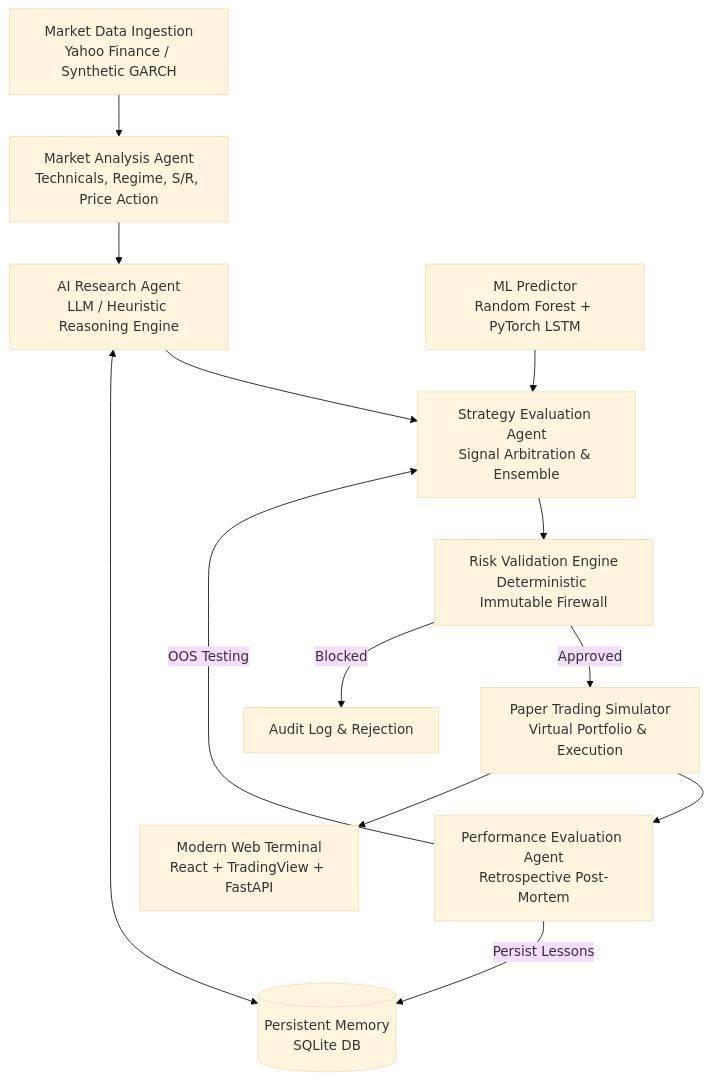
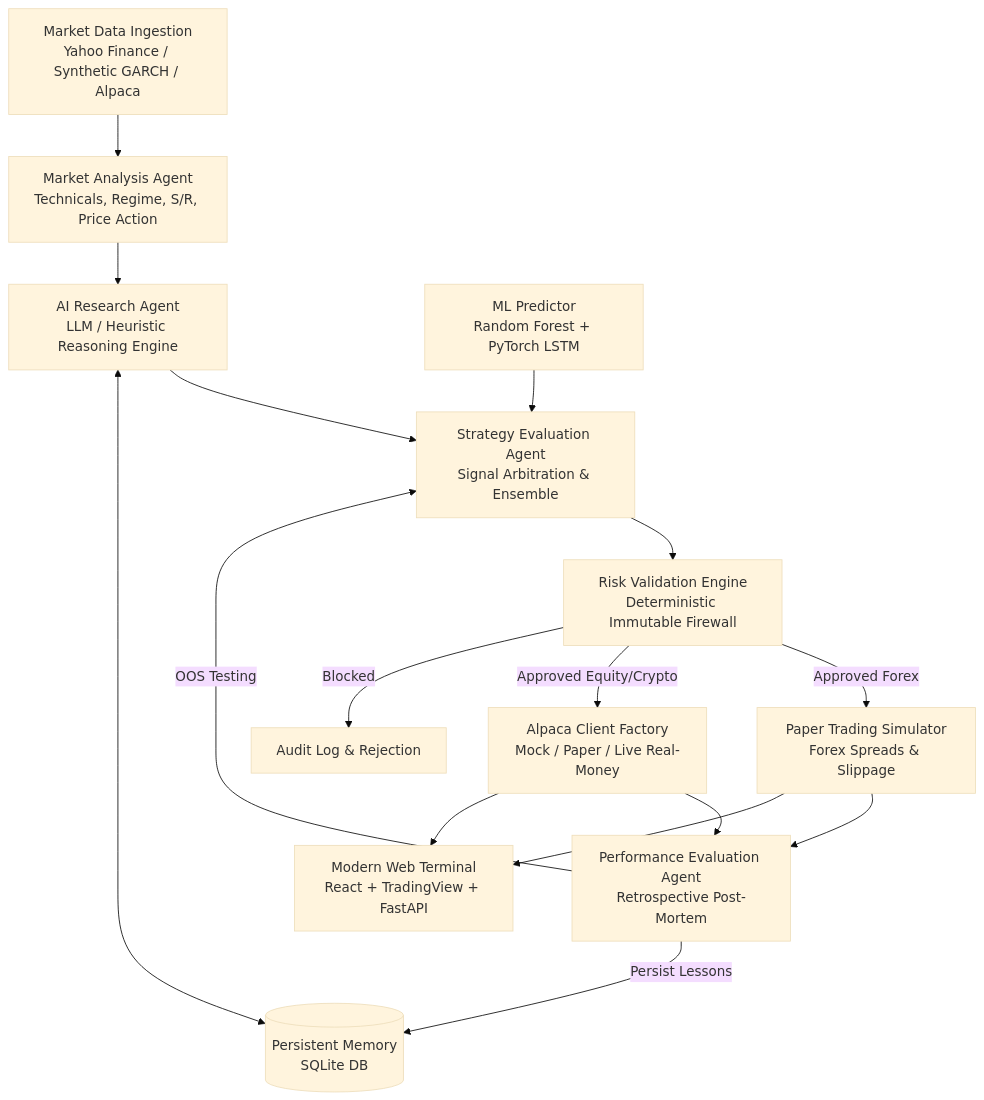
The diagram in README.md (naveen-jkv/trade-bot), drawn with Mermaid (base theme) before and after one commit. The commit also changed other lines of this file and 22 other files, not shown here.

Commit message:
feat: Add live real-money Alpaca trading support with risk firewall and panic controls

````diff
--- a/README.md
+++ b/README.md
@@ -11,15 +25,17 @@
 ```mermaid
 flowchart TD
-    MD[Market Data Ingestion\nYahoo Finance / Synthetic GARCH] --> MAA[Market Analysis Agent\nTechnicals, Regime, S/R, Price Action]
+    MD[Market Data Ingestion\nYahoo Finance / Synthetic GARCH / Alpaca] --> MAA[Market Analysis Agent\nTechnicals, Regime, S/R, Price Action]
     MAA --> ARA[AI Research Agent\nLLM / Heuristic Reasoning Engine]
     MEM[(Persistent Memory\nSQLite DB)] <--> ARA
     ARA --> SEA[Strategy Evaluation Agent\nSignal Arbitration & Ensemble]
     PRED[ML Predictor\nRandom Forest + PyTorch LSTM] --> SEA
     SEA --> RVE[Risk Validation Engine\nDeterministic Immutable Firewall]
-    RVE -->|Approved| PTS[Paper Trading Simulator\nVirtual Portfolio & Execution]
+    RVE -->|Approved Forex| PTS[Paper Trading Simulator\nForex Spreads & Slippage]
+    RVE -->|Approved Equity/Crypto| BAC[Alpaca Client Factory\nMock / Paper / Live Real-Money]
     RVE -->|Blocked| LOG[Audit Log & Rejection]
     PTS --> PEA[Performance Evaluation Agent\nRetrospective Post-Mortem]
+    BAC --> PEA
     PEA -->|Persist Lessons| MEM
     PEA -->|OOS Testing| SEA
-    PTS --> TERM[Modern Web Terminal\nReact + TradingView + FastAPI]
+    PTS & BAC --> TERM[Modern Web Terminal\nReact + TradingView + FastAPI]
 ```
````
